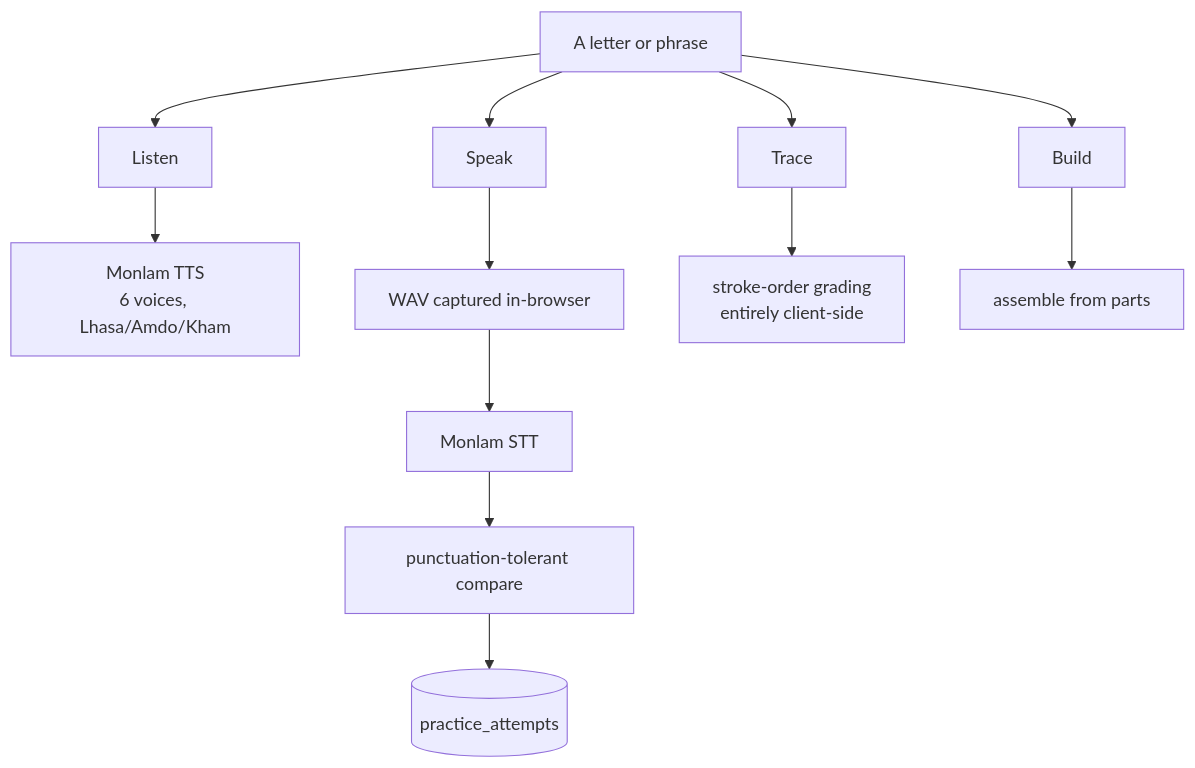
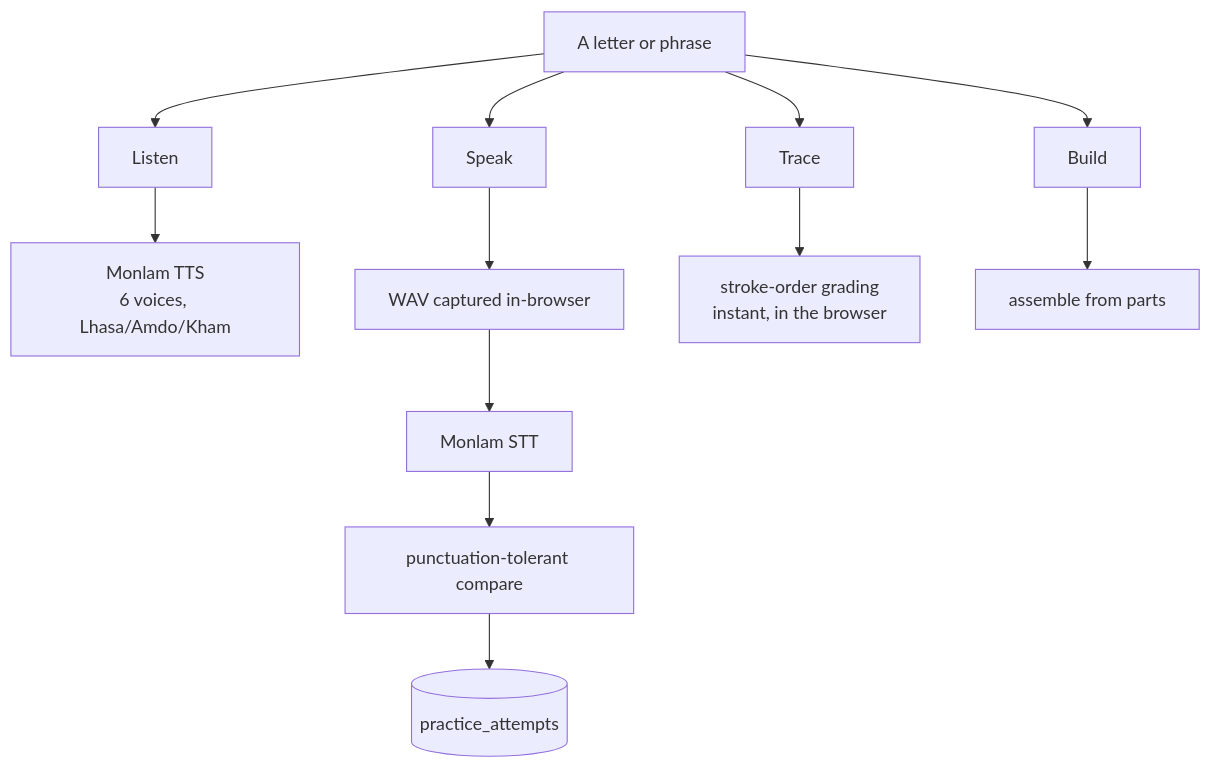
One commit to tenlhak/monlam_hackathon26 changed the fourth of 7 diagrams in README.md. Above: the diagram before and after it, drawn with Mermaid. The commit also changed other lines of this file, not shown here.

````diff
--- a/README.md
+++ b/README.md
@@ -152,9 +174,9 @@
 ```mermaid
 flowchart TD
     Item["A letter or phrase"] --> L["Listen"] & S["Speak"] & T["Trace"] & B["Build"]
     L --> TTS["Monlam TTS<br/>6 voices, Lhasa/Amdo/Kham"]
     S --> Mic["WAV captured in-browser"] --> STT["Monlam STT"] --> Match["punctuation-tolerant compare"]
-    T --> Stroke["stroke-order grading<br/>entirely client-side"]
+    T --> Stroke["stroke-order grading<br/>instant, in the browser"]
     B --> Assemble["assemble from parts"]
     Match --> Rec[("practice_attempts")]
 ```
````
